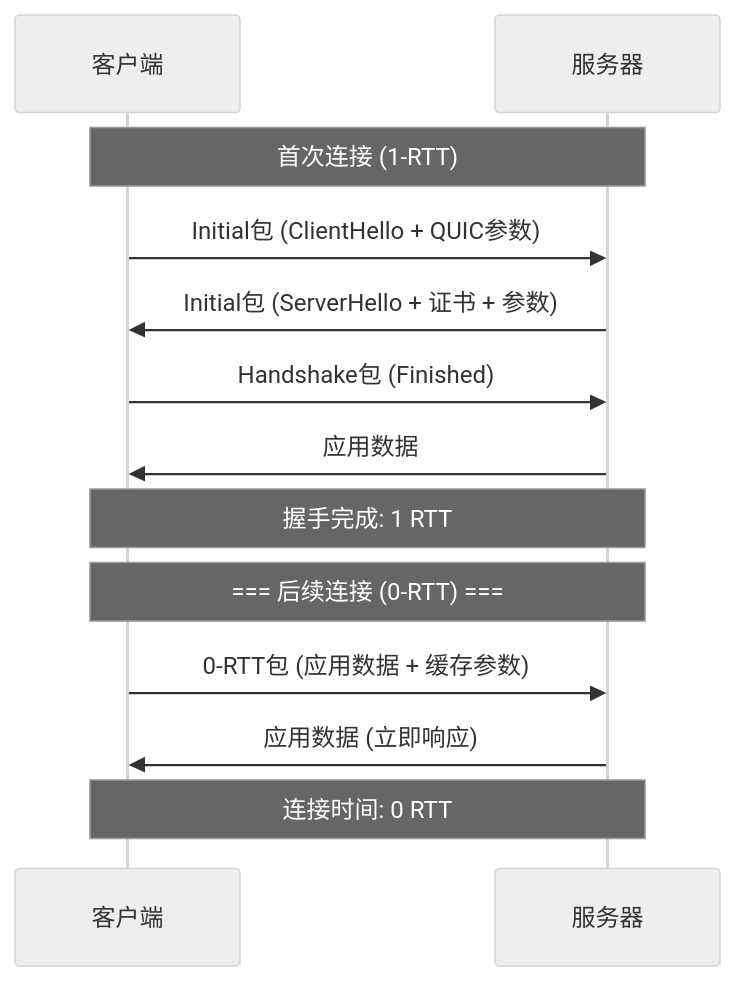
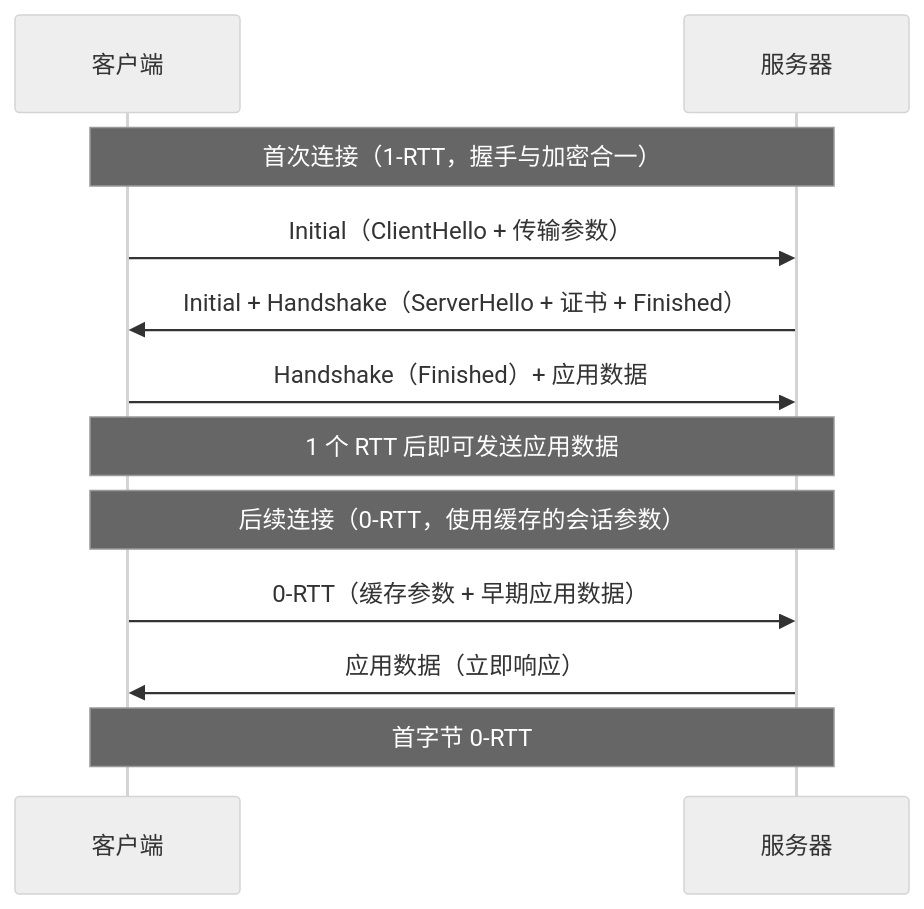
Before and after one commit to Dtheme/CS-base: the third of 11 diagrams in 计算机网络/3.7传输层：现代传输技术.md, drawn with Mermaid (neutral theme). The commit also changed other lines of this file and 51 other files, not shown here.

````diff
--- a/计算机网络/3.7传输层：现代传输技术.md
+++ b/计算机网络/3.7传输层：现代传输技术.md
@@ -162,21 +109,16 @@
 ```mermaid
 sequenceDiagram
     participant C as 客户端
     participant S as 服务器
-    
-    Note over C,S: 首次连接 (1-RTT)
-    
-    C->>S: Initial包 (ClientHello + QUIC参数)
-    S->>C: Initial包 (ServerHello + 证书 + 参数)
-    C->>S: Handshake包 (Finished)
-    S->>C: 应用数据
-    
-    Note over C,S: 握手完成: 1 RTT
-    
-    Note over C,S: === 后续连接 (0-RTT) ===
-    
-    C->>S: 0-RTT包 (应用数据 + 缓存参数)
-    S->>C: 应用数据 (立即响应)
-    
-    Note over C,S: 连接时间: 0 RTT
+
+    Note over C,S: 首次连接（1-RTT，握手与加密合一）
+    C->>S: Initial（ClientHello + 传输参数）
+    S->>C: Initial + Handshake（ServerHello + 证书 + Finished）
+    C->>S: Handshake（Finished）+ 应用数据
+    Note over C,S: 1 个 RTT 后即可发送应用数据
+
+    Note over C,S: 后续连接（0-RTT，使用缓存的会话参数）
+    C->>S: 0-RTT（缓存参数 + 早期应用数据）
+    S->>C: 应用数据（立即响应）
+    Note over C,S: 首字节 0-RTT
 ```
````
